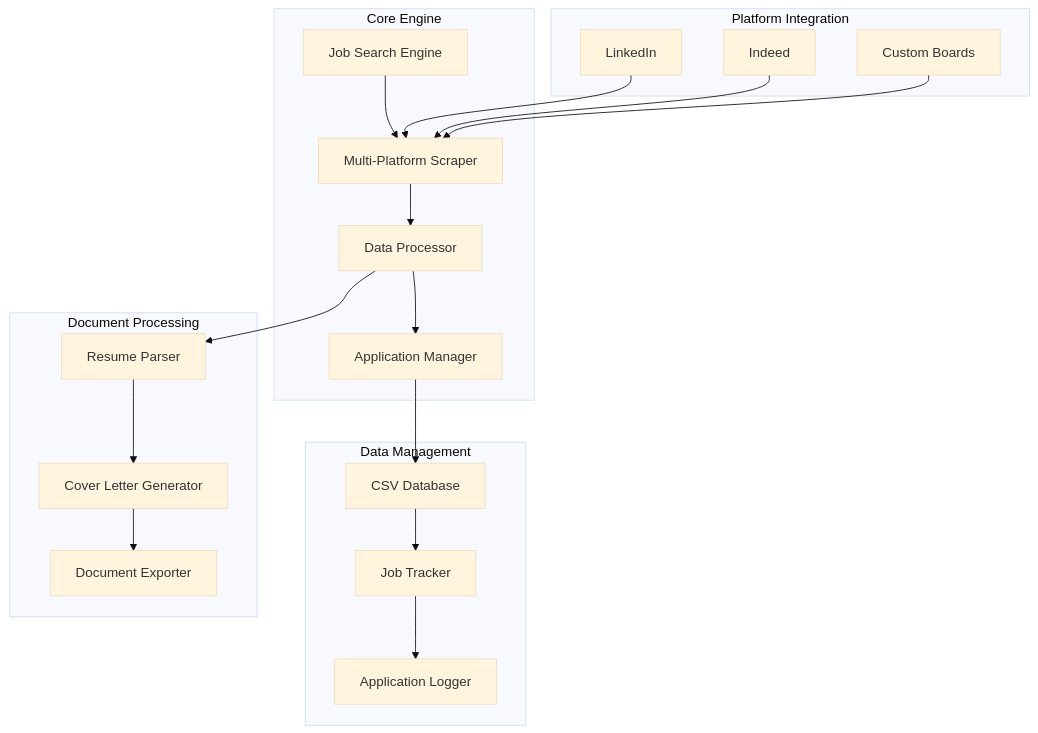
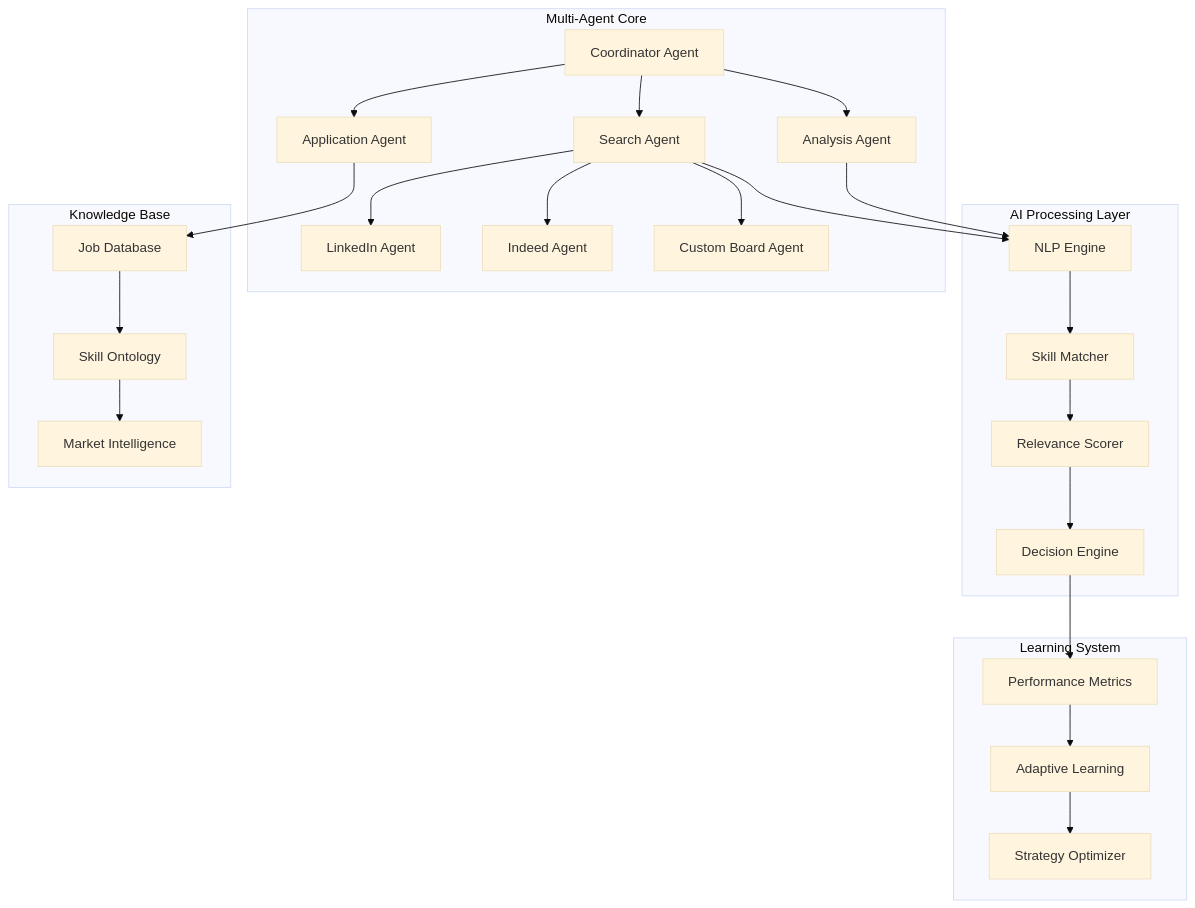
The first of 4 diagrams in README.md (SaurabMishra12/Multi-Agent-Job-Search-Automation-Framework), drawn with Mermaid (base theme) before and after one commit. The commit also changed other lines of this file, not shown here.

Commit message:
Initial commit: Multi-Agent Job Search Framework with AI capabilities

````diff
--- a/README.md
+++ b/README.md
@@ -17,27 +18,33 @@
 ```mermaid
 graph TB
-    subgraph "Core Engine"
-        A[Job Search Engine] --> B[Multi-Platform Scraper]
-        B --> C[Data Processor]
-        C --> D[Application Manager]
+    subgraph "Multi-Agent Core"
+        A[Coordinator Agent] --> B[Search Agent]
+        A --> C[Analysis Agent]
+        A --> D[Application Agent]
+        
+        B --> E[LinkedIn Agent]
+        B --> F[Indeed Agent]
+        B --> G[Custom Board Agent]
     end
 
-    subgraph "Platform Integration"
-        E[LinkedIn] --> B
-        F[Indeed] --> B
-        G[Custom Boards] --> B
+    subgraph "AI Processing Layer"
+        H[NLP Engine] --> I[Skill Matcher]
+        I --> J[Relevance Scorer]
+        J --> K[Decision Engine]
     end
 
-    subgraph "Data Management"
-        H[CSV Database] --> I[Job Tracker]
-        I --> J[Application Logger]
+    subgraph "Knowledge Base"
+        L[Job Database] --> M[Skill Ontology]
+        M --> N[Market Intelligence]
     end
 
-    subgraph "Document Processing"
-        K[Resume Parser] --> L[Cover Letter Generator]
-        L --> M[Document Exporter]
+    subgraph "Learning System"
+        O[Performance Metrics] --> P[Adaptive Learning]
+        P --> Q[Strategy Optimizer]
     end
 
-    D --> H
-    C --> K
+    B --> H
+    C --> H
+    D --> L
+    K --> O
 ```
````
